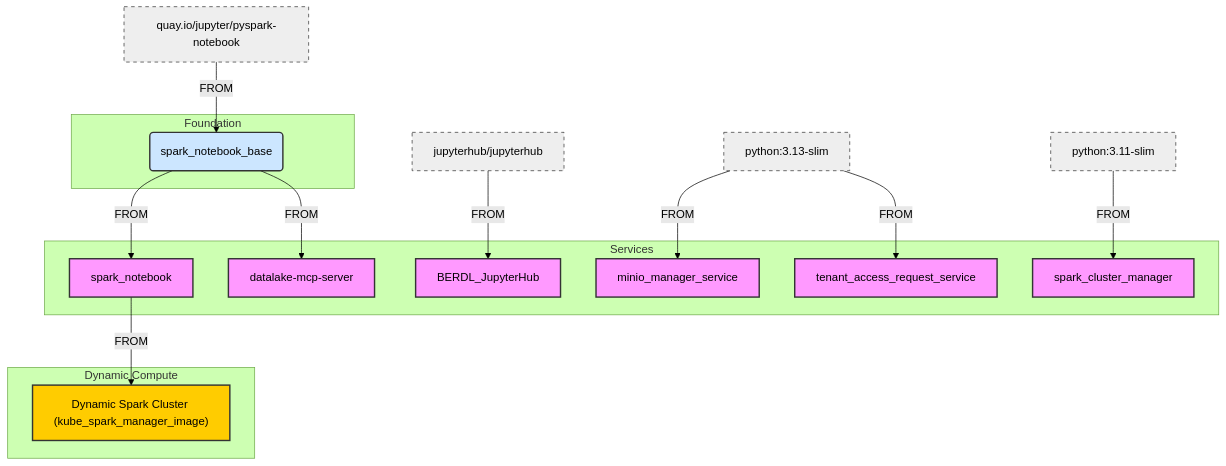
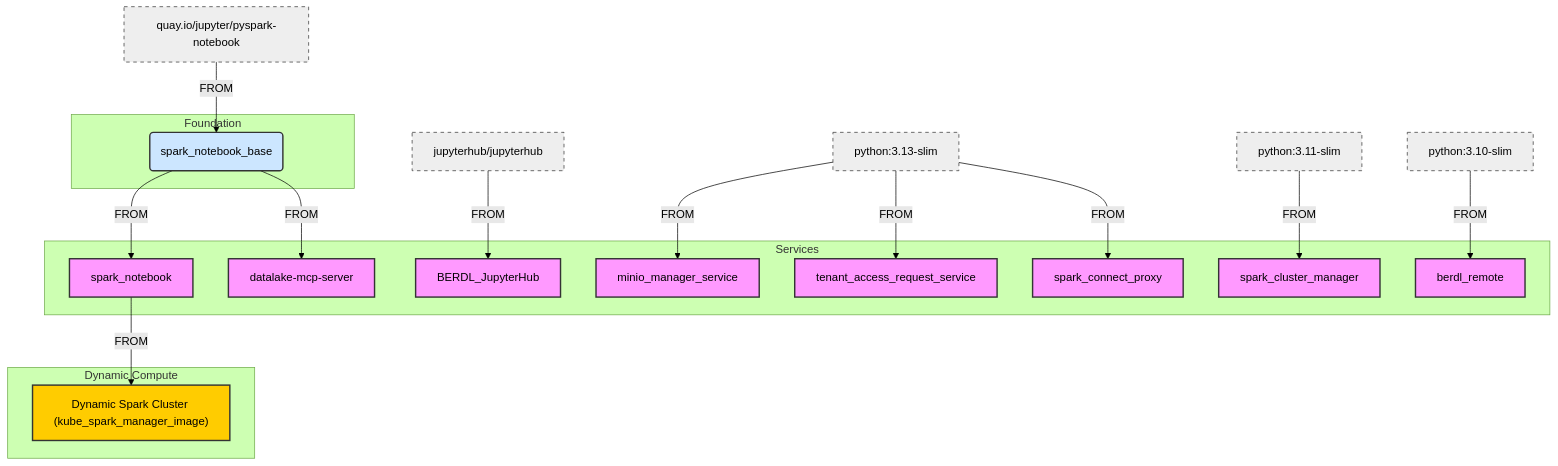
The second of 3 diagrams in README.md (BERDataLakehouse/berdl_docs), drawn with Mermaid (forest theme) before and after one commit. The commit also changed other lines of this file and 17 other files, not shown here.

````diff
--- a/README.md
+++ b/README.md
@@ -104,52 +104,57 @@
 ```mermaid
 graph TD
     %% Base Images
     JQ[quay.io/jupyter/pyspark-notebook]
     PUB_JH[jupyterhub/jupyterhub]
     PY313[python:3.13-slim]
     PY311[python:3.11-slim]
+    PY310[python:3.10-slim]
 
     %% Internal Base
     subgraph Foundation
         id1(spark_notebook_base)
     end
 
     %% Services
     subgraph Services
         NB[spark_notebook]
         MCP[datalake-mcp-server]
         MMS[minio_manager_service]
         SCM[spark_cluster_manager]
         JH[BERDL_JupyterHub]
         TAS[tenant_access_request_service]
+        BRM[berdl_remote]
+        SPX[spark_connect_proxy]
     end
 
     %% Dynamic Compute
     subgraph DynamicCompute ["Dynamic Compute"]
         DYNC["Dynamic Spark Cluster (kube_spark_manager_image)"]
     end
 
     %% Relations
     JQ -->|FROM| id1
     
     id1 -->|FROM| NB
     id1 -->|FROM| MCP
     
     NB -->|FROM| DYNC
     
     PUB_JH -->|FROM| JH
     PY313 -->|FROM| MMS
     PY313 -->|FROM| TAS
+    PY313 -->|FROM| SPX
     PY311 -->|FROM| SCM
+    PY310 -->|FROM| BRM
     
     %% Styling
     classDef external fill:#eee,stroke:#333,stroke-dasharray: 5 5;
     classDef internal fill:#cce6ff,stroke:#333,stroke-width:2px;
     classDef service fill:#f9f,stroke:#333,stroke-width:2px;
     classDef compute fill:#ffcc00,stroke:#333,stroke-width:2px;
 
-    class JQ,PUB_JH,PY313,PY311 external;
+    class JQ,PUB_JH,PY313,PY311,PY310 external;
     class id1 internal;
-    class NB,MCP,MMS,SCM,JH,TAS service;
+    class NB,MCP,MMS,SCM,JH,TAS,BRM,SPX service;
     class DYNC compute;
 ```
````
